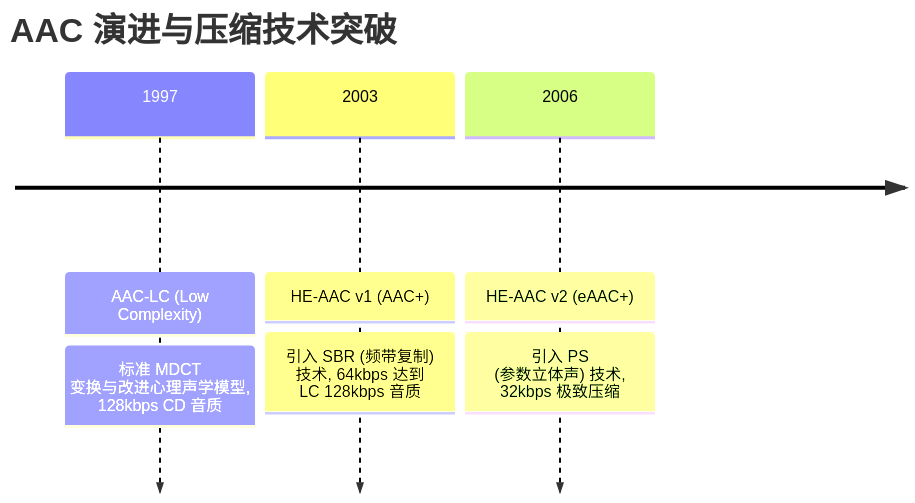
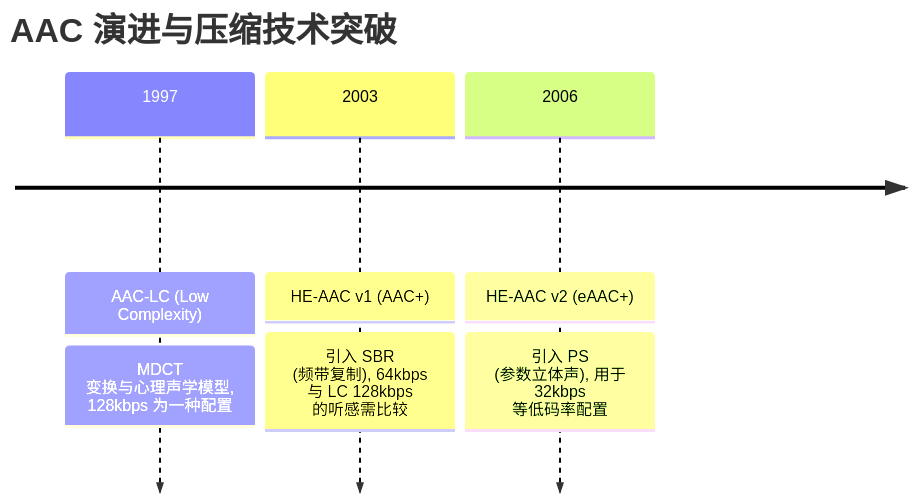
Before and after one commit to YvainZhang/YvainZhang.github.io: the third of 3 diagrams in Audio/13-Audio-Codecs-Streaming-VoiceAI/01-audio-codecs-mp3-aac-opus.md, drawn with Mermaid. The commit also changed other lines of this file and 190 other files, not shown here.

````diff
--- a/Audio/13-Audio-Codecs-Streaming-VoiceAI/01-audio-codecs-mp3-aac-opus.md
+++ b/Audio/13-Audio-Codecs-Streaming-VoiceAI/01-audio-codecs-mp3-aac-opus.md
@@ -48,7 +48,7 @@
 ```mermaid
 timeline
     title AAC 演进与压缩技术突破
-    1997 : AAC-LC (Low Complexity) : 标准 MDCT 变换与改进心理声学模型, 128kbps CD 音质
-    2003 : HE-AAC v1 (AAC+) : 引入 SBR (频带复制) 技术, 64kbps 达到 LC 128kbps 音质
-    2006 : HE-AAC v2 (eAAC+) : 引入 PS (参数立体声) 技术, 32kbps 极致压缩
+    1997 : AAC-LC (Low Complexity) : MDCT 变换与心理声学模型, 128kbps 为一种配置
+    2003 : HE-AAC v1 (AAC+) : 引入 SBR (频带复制), 64kbps 与 LC 128kbps 的听感需比较
+    2006 : HE-AAC v2 (eAAC+) : 引入 PS (参数立体声), 用于 32kbps 等低码率配置
 ```
````
